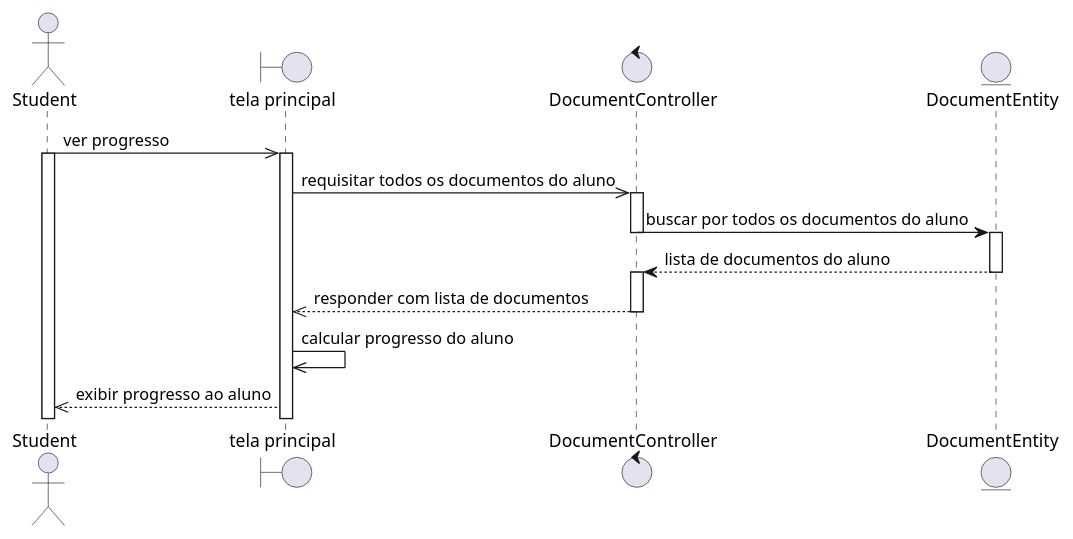
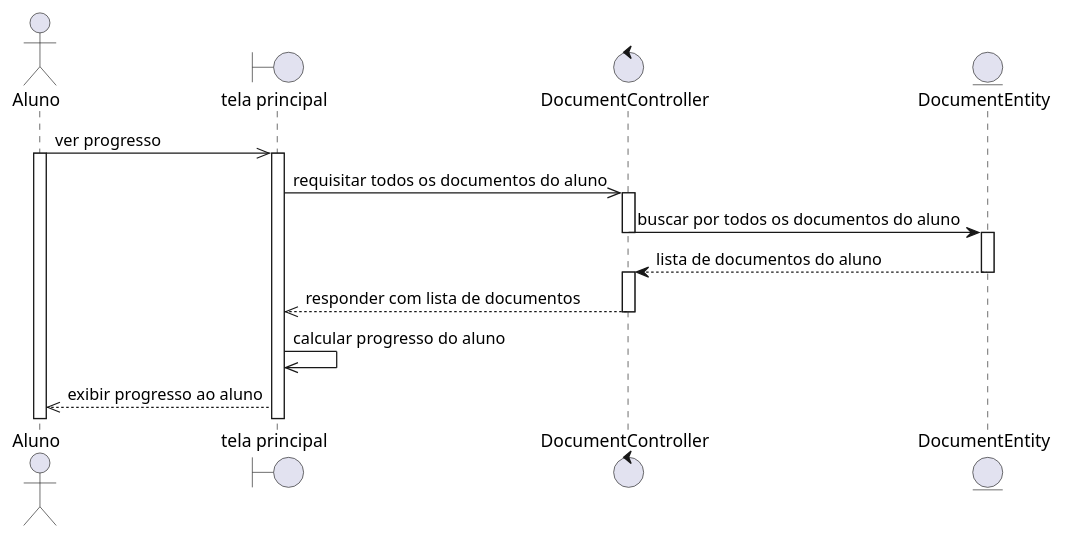
Before and after one commit to rodrigoRolim/AC-backend: the diagram in design/sequence_code/pontuacao/student.progress.wsd, drawn with PlantUML. The commit also changed 61 other files, not shown here.

Commit message:
change requeriments and diagrams

```diff
--- a/design/sequence_code/pontuacao/student.progress.wsd
+++ b/design/sequence_code/pontuacao/student.progress.wsd
@@ -1,22 +1,22 @@
 @startuml
-actor Student
+actor Aluno
 boundary "tela principal" as home
 control DocumentController as controller
 entity DocumentEntity as model
 
-Student ->> home: ver progresso
-activate Student
+Aluno ->> home: ver progresso
+activate Aluno
 activate home
 home ->> controller: requisitar todos os documentos do aluno
 activate controller
 controller -> model: buscar por todos os documentos do aluno
 deactivate controller
 activate model
 model --> controller: lista de documentos do aluno
 deactivate model
 activate controller
 controller -->> home: responder com lista de documentos
 deactivate controller
 home ->> home: calcular progresso do aluno
-home -->> Student: exibir progresso ao aluno 
+home -->> Aluno: exibir progresso ao aluno 
 @enduml
```
